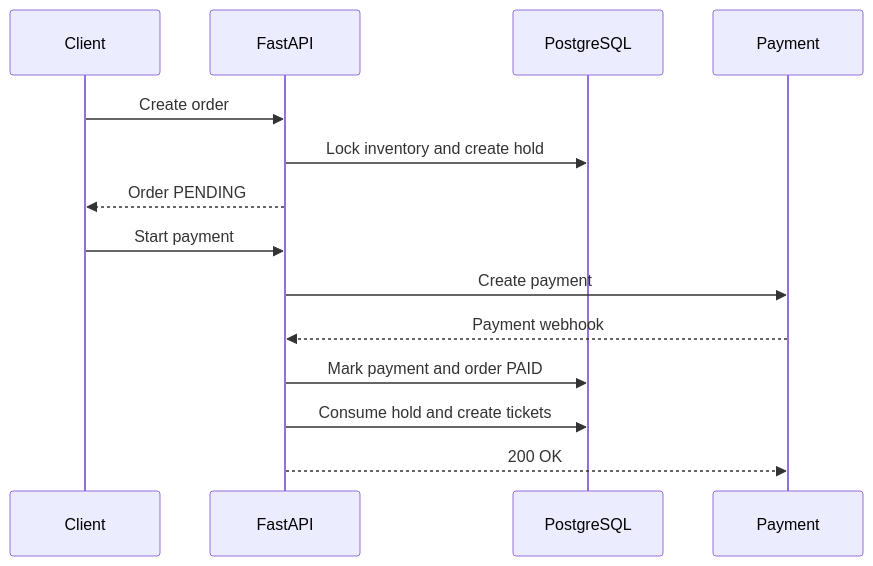
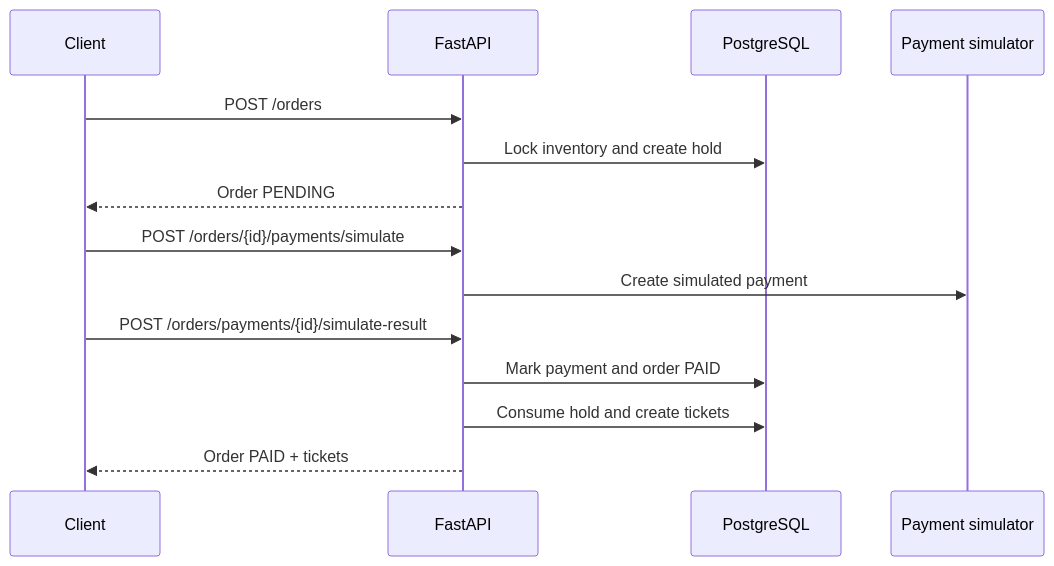
Before and after one commit to swe-lab-2026/backend: the fourth of 4 diagrams in README.md, drawn with Mermaid. The commit also changed other lines of this file, not shown here.

````diff
--- a/README.md
+++ b/README.md
@@ -418,17 +549,17 @@
 ```mermaid
 sequenceDiagram
     participant C as Client
     participant A as FastAPI
     participant D as PostgreSQL
-    participant P as Payment
+    participant P as Payment simulator
 
-    C->>A: Create order
+    C->>A: POST /orders
     A->>D: Lock inventory and create hold
     A-->>C: Order PENDING
-    C->>A: Start payment
-    A->>P: Create payment
-    P-->>A: Payment webhook
+    C->>A: POST /orders/{id}/payments/simulate
+    A->>P: Create simulated payment
+    C->>A: POST /orders/payments/{id}/simulate-result
     A->>D: Mark payment and order PAID
     A->>D: Consume hold and create tickets
-    A-->>P: 200 OK
+    A-->>C: Order PAID + tickets
 ```
````
